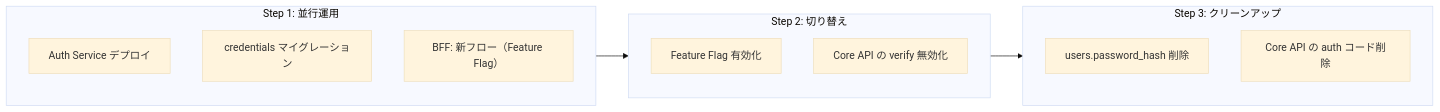
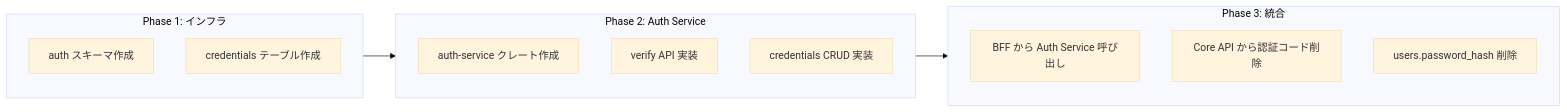
The fifth of 6 diagrams in docs/03_詳細設計書/08_AuthService設計.md (ka2kama/ringiflow), drawn with Mermaid (base theme) before and after one commit. The commit also changed other lines of this file, not shown here.

````diff
--- a/docs/03_詳細設計書/08_AuthService設計.md
+++ b/docs/03_詳細設計書/08_AuthService設計.md
@@ -346,20 +350,21 @@
 ```mermaid
 flowchart LR
-    subgraph Step1["Step 1: 並行運用"]
-        A1["Auth Service デプロイ"]
-        A2["credentials マイグレーション"]
-        A3["BFF: 新フロー（Feature Flag）"]
+    subgraph Phase1["Phase 1: インフラ"]
+        A1["auth スキーマ作成"]
+        A2["credentials テーブル作成"]
     end
 
-    subgraph Step2["Step 2: 切り替え"]
-        B1["Feature Flag 有効化"]
-        B2["Core API の verify 無効化"]
+    subgraph Phase2["Phase 2: Auth Service"]
+        B1["auth-service クレート作成"]
+        B2["verify API 実装"]
+        B3["credentials CRUD 実装"]
     end
 
-    subgraph Step3["Step 3: クリーンアップ"]
-        C1["users.password_hash 削除"]
-        C2["Core API の auth コード削除"]
+    subgraph Phase3["Phase 3: 統合"]
+        C1["BFF から Auth Service 呼び出し"]
+        C2["Core API から認証コード削除"]
+        C3["users.password_hash 削除"]
     end
 
-    Step1 --> Step2 --> Step3
+    Phase1 --> Phase2 --> Phase3
 ```
````
